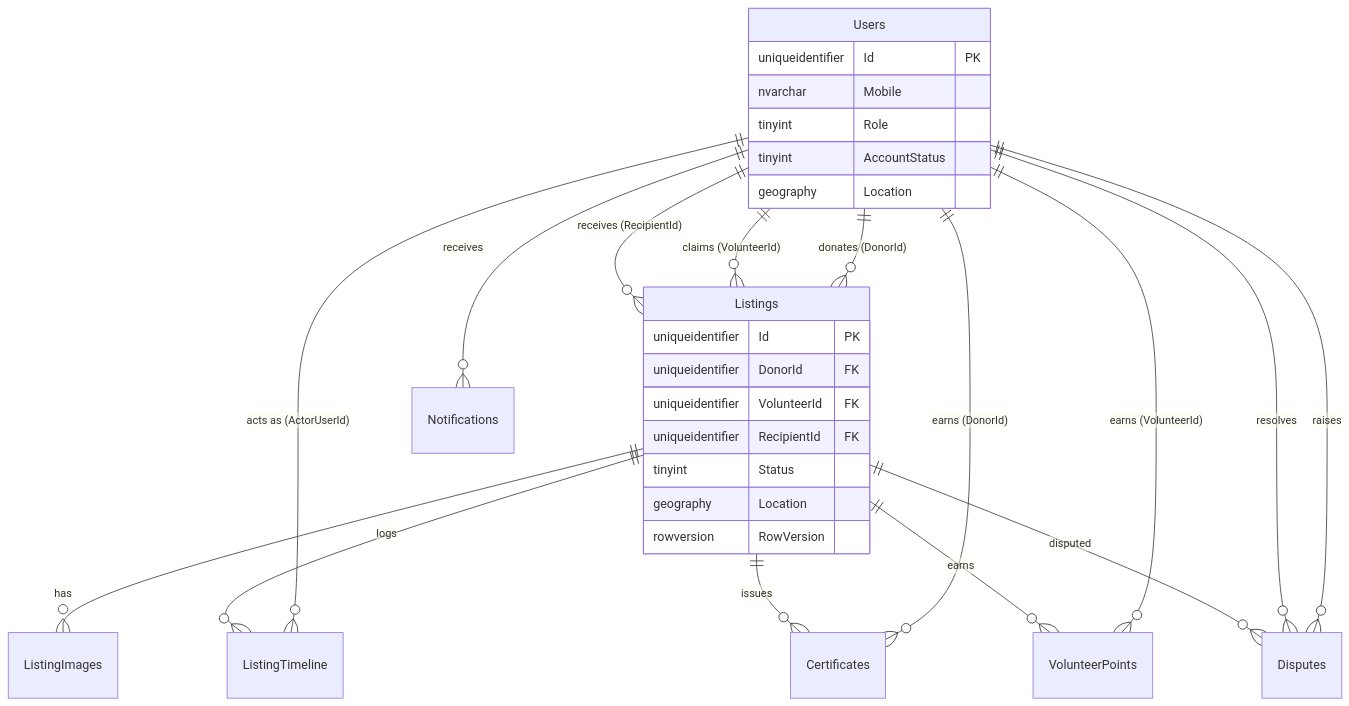
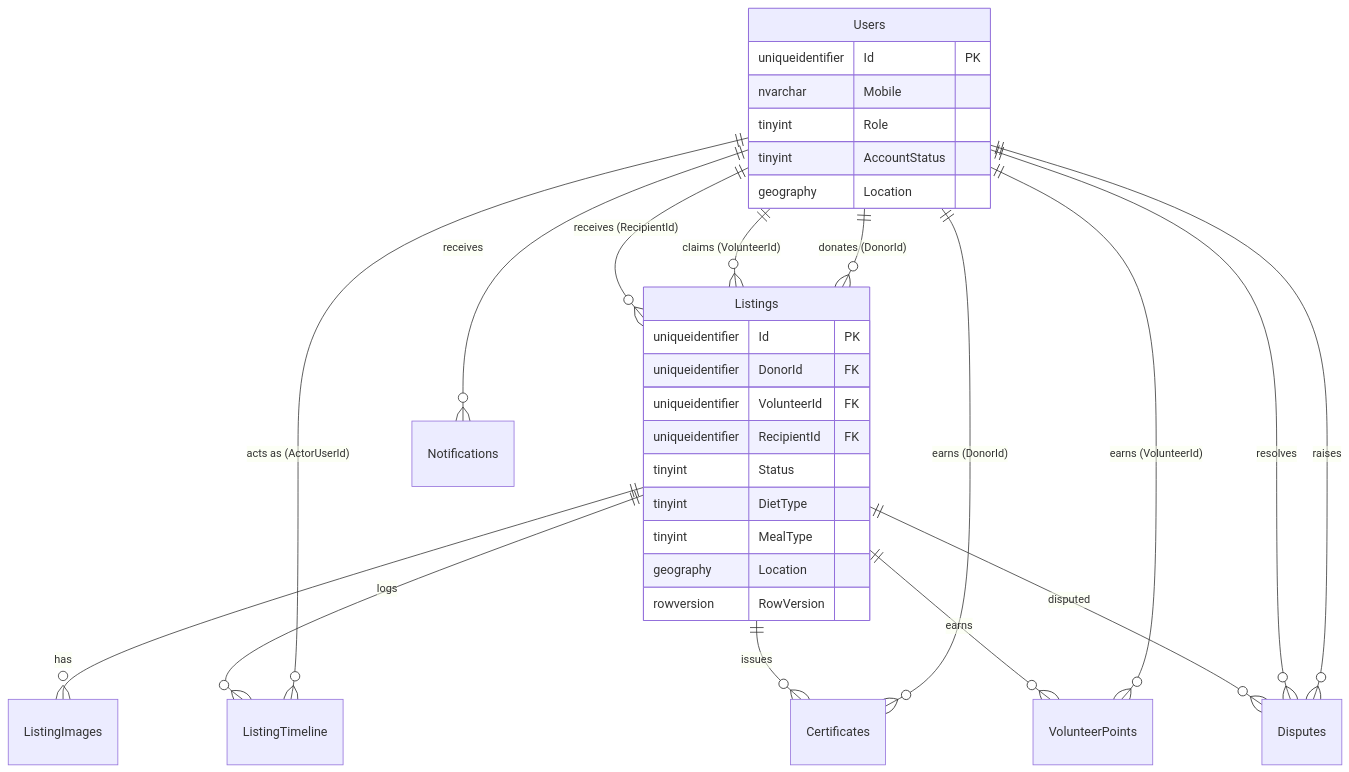
Before and after one commit to ifourankith-droid/FoodBridgeBE: the diagram in docs/ARCHITECTURE.md, drawn with Mermaid. The commit also changed other lines of this file and 32 other files, not shown here.

````diff
--- a/docs/ARCHITECTURE.md
+++ b/docs/ARCHITECTURE.md
@@ -178,34 +207,36 @@
 ```mermaid
 erDiagram
     Users ||--o{ Listings : "donates (DonorId)"
     Users ||--o{ Listings : "claims (VolunteerId)"
     Users ||--o{ Listings : "receives (RecipientId)"
     Users ||--o{ ListingTimeline : "acts as (ActorUserId)"
     Users ||--o{ Notifications : "receives"
     Users ||--o{ Certificates : "earns (DonorId)"
     Users ||--o{ VolunteerPoints : "earns (VolunteerId)"
     Users ||--o{ Disputes : "raises"
     Users ||--o{ Disputes : "resolves"
     Listings ||--o{ ListingImages : "has"
     Listings ||--o{ ListingTimeline : "logs"
     Listings ||--o{ Certificates : "issues"
     Listings ||--o{ VolunteerPoints : "earns"
     Listings ||--o{ Disputes : "disputed"
 
     Users {
         uniqueidentifier Id PK
         nvarchar Mobile
         tinyint Role
         tinyint AccountStatus
         geography Location
     }
     Listings {
         uniqueidentifier Id PK
         uniqueidentifier DonorId FK
         uniqueidentifier VolunteerId FK
         uniqueidentifier RecipientId FK
         tinyint Status
+        tinyint DietType
+        tinyint MealType
         geography Location
         rowversion RowVersion
     }
 ```
````
